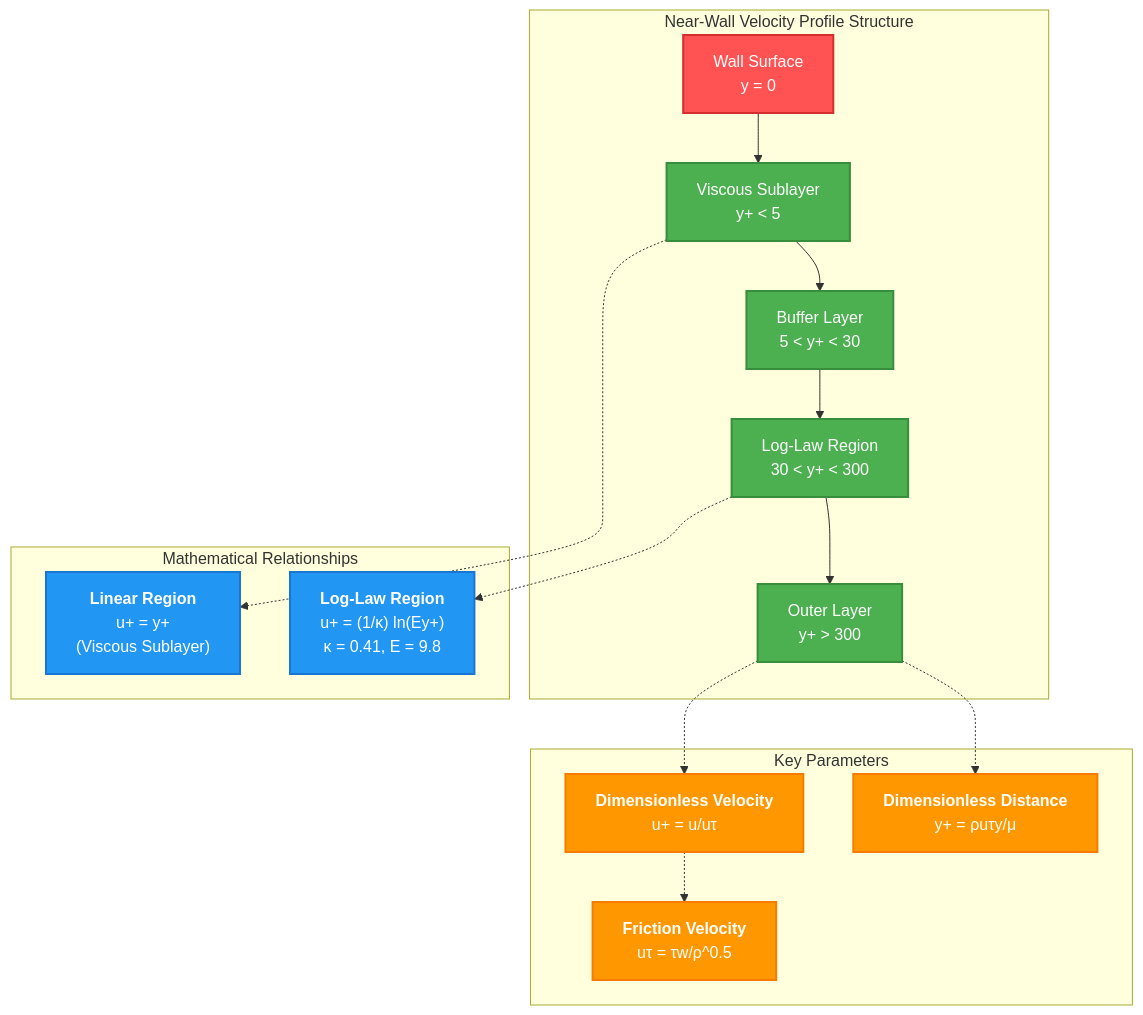
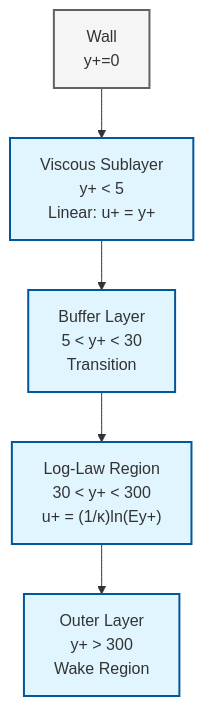
One commit to wramet/build-my-cfd changed the third of 5 diagrams in MODULE_01_CFD_FUNDAMENTALS/CONTENT/01_GOVERNING_EQUATIONS/06_Boundary_Conditions.md. Above: the diagram before and after it, drawn with Mermaid. The commit also changed other lines of this file and 313 other files, not shown here.

Commit message:
Revise all diagram

````diff
--- a/MODULE_01_CFD_FUNDAMENTALS/CONTENT/01_GOVERNING_EQUATIONS/06_Boundary_Conditions.md
+++ b/MODULE_01_CFD_FUNDAMENTALS/CONTENT/01_GOVERNING_EQUATIONS/06_Boundary_Conditions.md
@@ -389,36 +373,16 @@
 ```mermaid
 graph TD
-    subgraph "Near-Wall Velocity Profile Structure"
-        A["Wall Surface<br/>y = 0"] --> B["Viscous Sublayer<br/>y+ < 5"]
-        B --> C["Buffer Layer<br/>5 < y+ < 30"]
-        C --> D["Log-Law Region<br/>30 < y+ < 300"]
-        D --> E["Outer Layer<br/>y+ > 300"]
-    end
+classDef implicit fill:#e1f5fe,stroke:#01579b,stroke-width:2px
+classDef explicit fill:#ffccbc,stroke:#bf360c,stroke-width:2px
+classDef context fill:#f5f5f5,stroke:#616161,stroke-width:2px
+Wall["Wall<br/>y+=0"]:::context
+Viscous["Viscous Sublayer<br/>y+ < 5<br/>Linear: u+ = y+"]:::implicit
+Buffer["Buffer Layer<br/>5 < y+ < 30<br/>Transition"]:::implicit
+Log["Log-Law Region<br/>30 < y+ < 300<br/>u+ = (1/κ)ln(Ey+)"]:::implicit
+Outer["Outer Layer<br/>y+ > 300<br/>Wake Region"]:::implicit
 
-    subgraph "Mathematical Relationships"
-        F["<b>Linear Region</b><br/>u+ = y+<br/>(Viscous Sublayer)"]
-        G["<b>Log-Law Region</b><br/>u+ = (1/κ) ln(Ey+)<br/>κ = 0.41, E = 9.8"]
-    end
-
-    subgraph "Key Parameters"
-        H["<b>Dimensionless Velocity</b><br/>u+ = u/uτ"]
-        I["<b>Dimensionless Distance</b><br/>y+ = ρuτy/μ"]
-        J["<b>Friction Velocity</b><br/>uτ = τw/ρ^0.5"]
-    end
-
-    B -.-> F
-    D -.-> G
-    E -.-> H
-    E -.-> I
-    H -.-> J
-
-    classDef wall fill:#ff5252,stroke:#d32f2f,stroke-width:2px,color:#fff;
-    classDef region fill:#4caf50,stroke:#388e3c,stroke-width:2px,color:#fff;
-    classDef math fill:#2196f3,stroke:#1976d2,stroke-width:2px,color:#fff;
-    classDef param fill:#ff9800,stroke:#f57c00,stroke-width:2px,color:#fff;
-
-    class A wall;
-    class B,C,D,E region;
-    class F,G math;
-    class H,I,J param;
+Wall --> Viscous
+Viscous --> Buffer
+Buffer --> Log
+Log --> Outer
 ```
````
